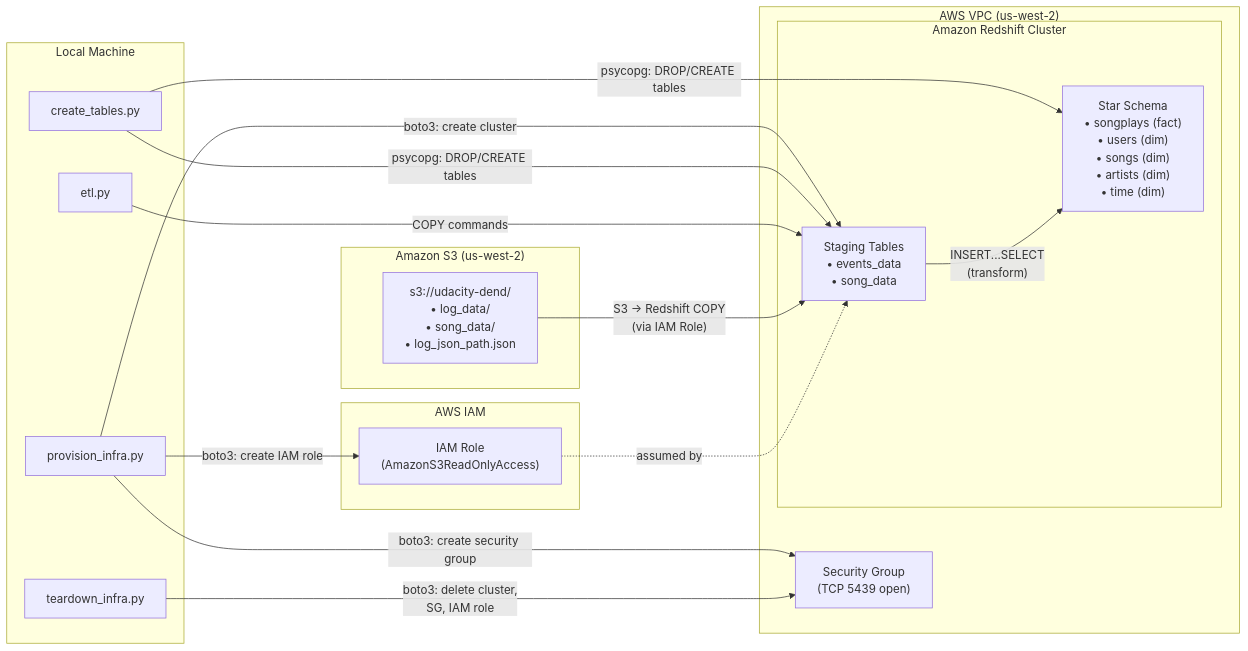
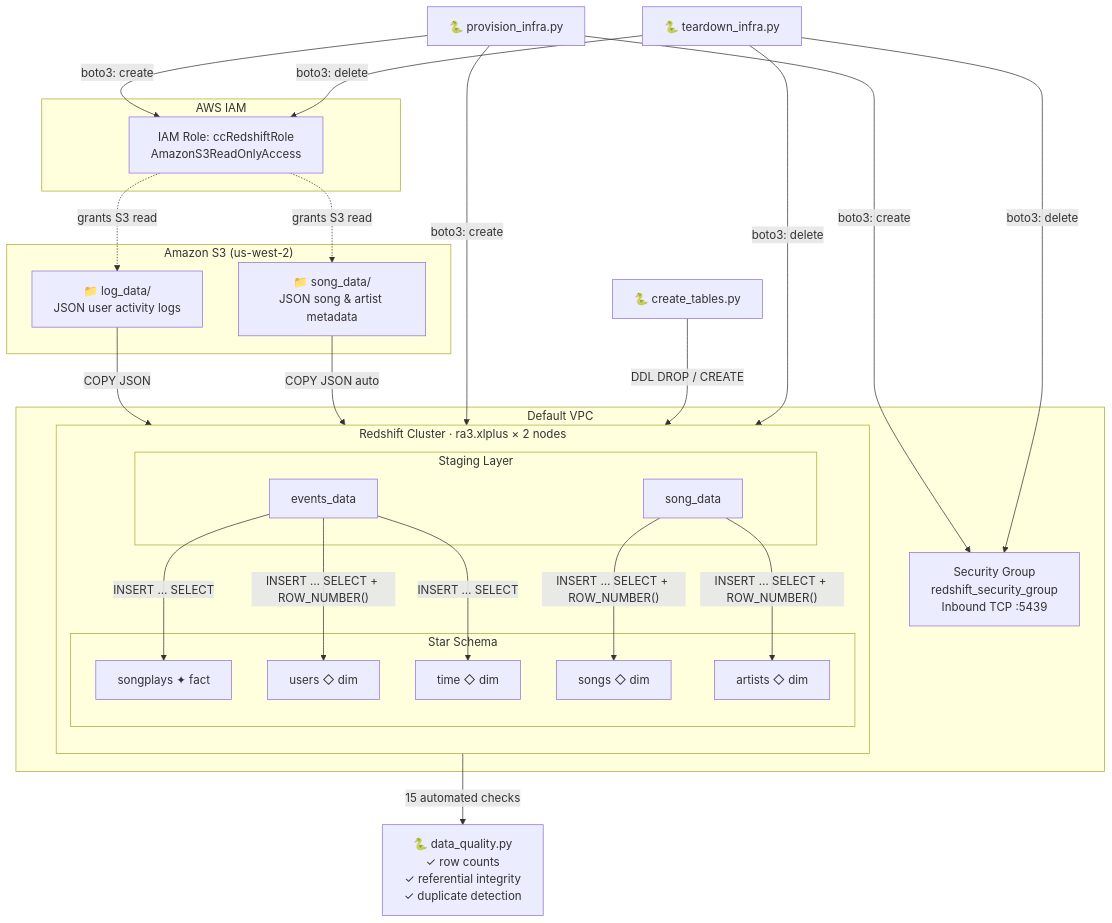
One commit to Cadyshack/udacity-data-eng-aws-redshift-data-warehouse-etl changed the diagram in README.md. Above: the diagram before and after it, drawn with Mermaid. The commit also changed other lines of this file and 4 other files, not shown here.

````diff
--- a/README.md
+++ b/README.md
@@ -3,32 +47,54 @@
 ```mermaid
-graph LR
-    subgraph "Local Machine"
-        A["provision_infra.py"] 
-        B["create_tables.py"]
-        C["etl.py"]
-        D["teardown_infra.py"]
+flowchart TD
+    subgraph S3 ["Amazon S3  (us-west-2)"]
+        LOG["📁 log_data/\nJSON user activity logs"]
+        SONG["📁 song_data/\nJSON song & artist metadata"]
     end
-subgraph "AWS IAM"
-    E["IAM Role\n(AmazonS3ReadOnlyAccess)"]
-end
-subgraph "AWS VPC (us-west-2)"
-    F["Security Group\n(TCP 5439 open)"]
-    subgraph "Amazon Redshift Cluster"
-        G["Staging Tables\n• events_data\n• song_data"]
-        H["Star Schema\n• songplays (fact)\n• users (dim)\n• songs (dim)\n• artists (dim)\n• time (dim)"]
+
+    subgraph IAM ["AWS IAM"]
+        ROLE["IAM Role: ccRedshiftRole\nAmazonS3ReadOnlyAccess"]
     end
-end
-subgraph "Amazon S3 (us-west-2)"
-    I["s3://udacity-dend/\n• log_data/\n• song_data/\n• log_json_path.json"]
-end
-A -- "boto3: create IAM role" --> E
-A -- "boto3: create security group" --> F
-A -- "boto3: create cluster" --> G
-B -- "psycopg: DROP/CREATE tables" --> G
-B -- "psycopg: DROP/CREATE tables" --> H
-C -- "COPY commands" --> G
-I -- "S3 → Redshift COPY\n(via IAM Role)" --> G
-G -- "INSERT...SELECT\n(transform)" --> H
-D -- "boto3: delete cluster,\nSG, IAM role" --> F
-E -. "assumed by" .-> G
+
+    subgraph VPC ["Default VPC"]
+        SG["Security Group\nredshift_security_group\nInbound TCP :5439"]
+
+        subgraph Cluster ["Redshift Cluster  ·  ra3.xlplus × 2 nodes"]
+            direction TB
+            subgraph Staging ["Staging Layer"]
+                ED["events_data"]
+                SD["song_data"]
+            end
+
+            subgraph Star ["Star Schema"]
+                SP["songplays  ✦ fact"]
+                US["users  ◇ dim"]
+                SO["songs  ◇ dim"]
+                AR["artists  ◇ dim"]
+                TM["time  ◇ dim"]
+            end
+        end
+    end
+
+    PY1["🐍 provision_infra.py"]  -->|"boto3: create"| ROLE
+    PY1                            -->|"boto3: create"| SG
+    PY1                            -->|"boto3: create"| Cluster
+
+    PY2["🐍 create_tables.py"]    -->|"DDL  DROP / CREATE"| Cluster
+
+    LOG  -->|"COPY JSON"| ED
+    SONG -->|"COPY JSON auto"| SD
+    ROLE -.->|"grants S3 read"| LOG
+    ROLE -.->|"grants S3 read"| SONG
+
+    ED  -->|"INSERT … SELECT"| SP
+    ED  -->|"INSERT … SELECT + ROW_NUMBER()"| US
+    ED  -->|"INSERT … SELECT"| TM
+    SD  -->|"INSERT … SELECT + ROW_NUMBER()"| SO
+    SD  -->|"INSERT … SELECT + ROW_NUMBER()"| AR
+
+    SP  -->|"15 automated checks"| DQ["🐍 data_quality.py\n✓ row counts\n✓ referential integrity\n✓ duplicate detection"]
+
+    PY3["🐍 teardown_infra.py"]   -->|"boto3: delete"| Cluster
+    PY3                            -->|"boto3: delete"| SG
+    PY3                            -->|"boto3: delete"| ROLE
 ```
````
